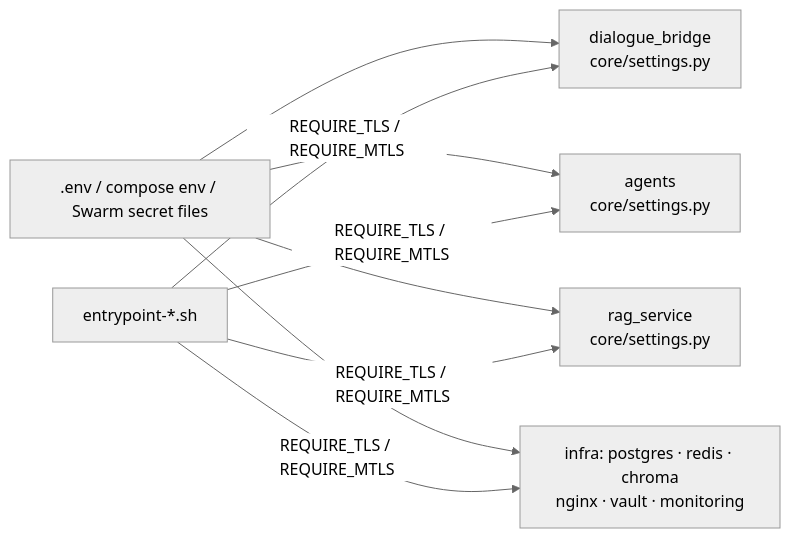
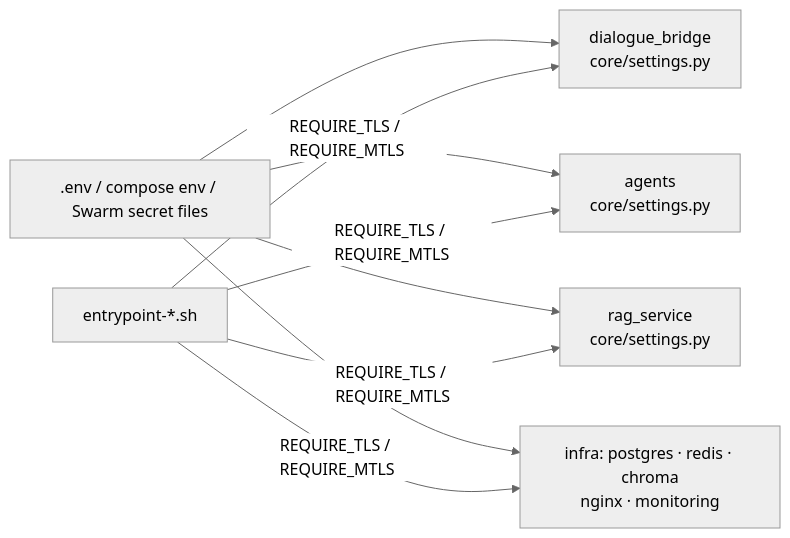
Before and after one commit to konstantinosmpouros/mAgenticX: the diagram in docs/architecture/configuration.md, drawn with Mermaid (neutral theme). The commit also changed other lines of this file and 44 other files, not shown here.

````diff
--- a/docs/architecture/configuration.md
+++ b/docs/architecture/configuration.md
@@ -9,8 +9,8 @@
 ```mermaid
 flowchart LR
     Env[".env / compose env / Swarm secret files"] --> S1["dialogue_bridge\ncore/settings.py"]
     Env --> S2["agents\ncore/settings.py"]
     Env --> S3["rag_service\ncore/settings.py"]
-    Env --> S4["infra: postgres · redis · chroma\nnginx · vault · monitoring"]
+    Env --> S4["infra: postgres · redis · chroma\nnginx · monitoring"]
     EP["entrypoint-*.sh"] -->|"REQUIRE_TLS / REQUIRE_MTLS"| S1 & S2 & S3 & S4
 ```
````
